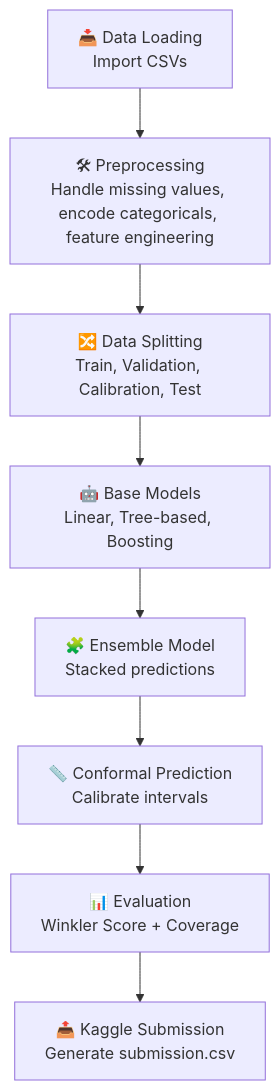
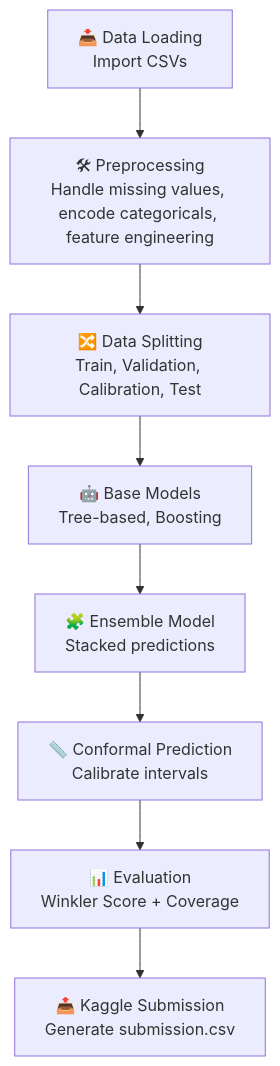
Before and after one commit to priyanshkeshari/Interval-Prediction: the diagram in README.md, drawn with Mermaid. The commit also changed other lines of this file, not shown here.

````diff
--- a/README.md
+++ b/README.md
@@ -71,10 +71,10 @@
 ``` mermaid
 flowchart TD
     A[📥 Data Loading<br/>Import CSVs] --> B[🛠 Preprocessing<br/>Handle missing values, encode categoricals, feature engineering]
     B --> C[🔀 Data Splitting<br/>Train, Validation, Calibration, Test]
-    C --> D[🤖 Base Models<br/>Linear, Tree-based, Boosting]
+    C --> D[🤖 Base Models<br/>Tree-based, Boosting]
     D --> E[🧩 Ensemble Model<br/>Stacked predictions]
     E --> F[📏 Conformal Prediction<br/>Calibrate intervals]
     F --> G[📊 Evaluation<br/>Winkler Score + Coverage]
     G --> H[📤 Kaggle Submission<br/>Generate submission.csv]
 ```
````
